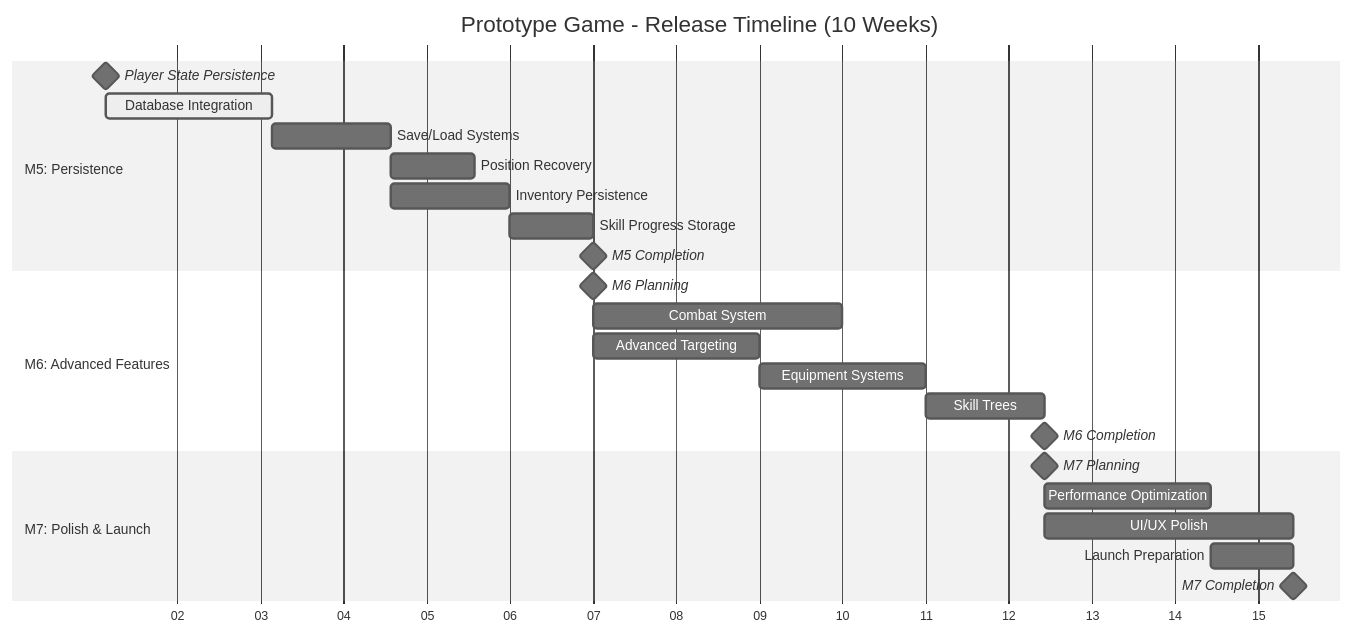
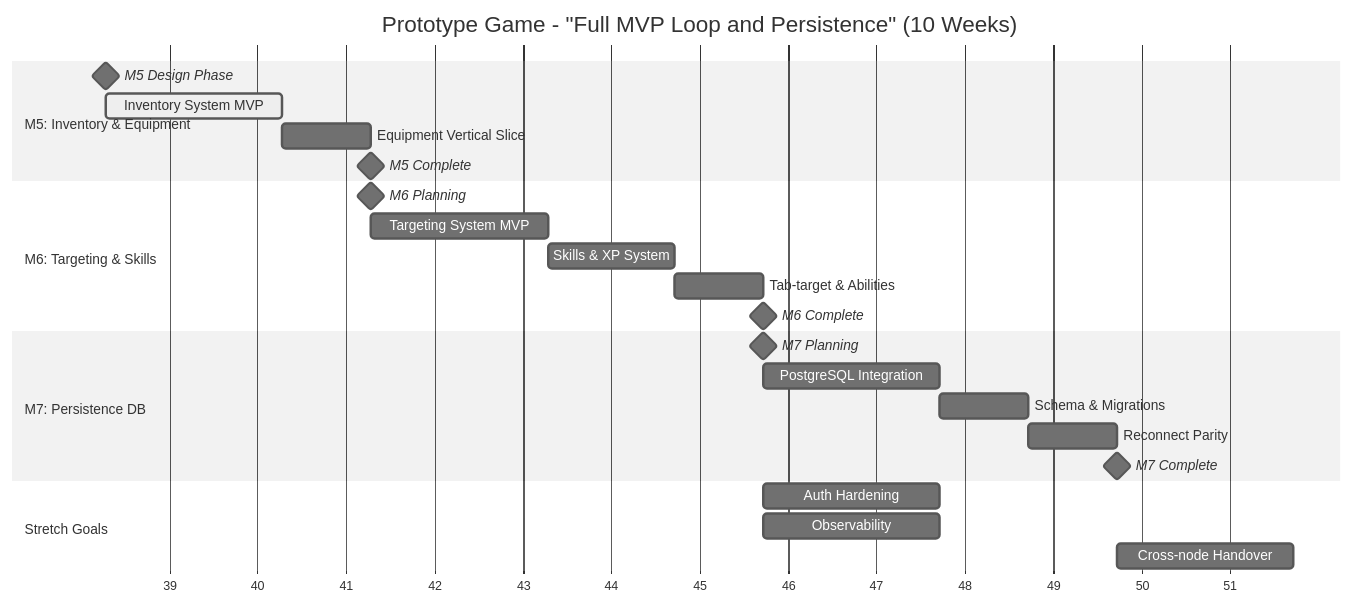
The first of 2 diagrams in docs/roadmap/ROADMAP.md (AstroSteveo/prototype-game), drawn with Mermaid (neutral theme) before and after one commit. The commit also changed other lines of this file and 3 other files, not shown here.

Commit message:
Document roadmap planning outcomes from issue #109

````diff
--- a/docs/roadmap/ROADMAP.md
+++ b/docs/roadmap/ROADMAP.md
@@ -9,30 +11,31 @@
 ```mermaid
 gantt
-    title Prototype Game - Release Timeline (10 Weeks)
+    title Prototype Game - "Full MVP Loop and Persistence" (10 Weeks)
     dateFormat YYYY-MM-DD
     axisFormat %W
     
-    section M5: Persistence
-    Player State Persistence    :milestone, m5-start, 2024-01-08, 0d
-    Database Integration        :active, db-setup, 2024-01-08, 14d
-    Save/Load Systems          :save-load, after db-setup, 10d
-    Position Recovery          :pos-recovery, after save-load, 7d
-    Inventory Persistence      :inv-persist, after save-load, 10d
-    Skill Progress Storage     :skill-store, after inv-persist, 7d
-    M5 Completion             :milestone, m5-done, after skill-store, 0d
+    section M5: Inventory & Equipment
+    M5 Design Phase          :milestone, m5-start, 2025-09-30, 0d
+    Inventory System MVP     :active, inv-mvp, 2025-09-30, 14d
+    Equipment Vertical Slice :equip-slice, after inv-mvp, 7d
+    M5 Complete             :milestone, m5-done, after equip-slice, 0d
     
-    section M6: Advanced Features
-    M6 Planning               :milestone, m6-start, after m5-done, 0d
-    Combat System             :combat, after m6-start, 21d
-    Advanced Targeting        :targeting, after m6-start, 14d
-    Equipment Systems         :equipment, after targeting, 14d
-    Skill Trees              :skills, after equipment, 10d
-    M6 Completion            :milestone, m6-done, after skills, 0d
+    section M6: Targeting & Skills
+    M6 Planning             :milestone, m6-start, after m5-done, 0d
+    Targeting System MVP    :targeting, after m6-start, 14d
+    Skills & XP System      :skills-xp, after targeting, 10d
+    Tab-target & Abilities  :abilities, after skills-xp, 7d
+    M6 Complete            :milestone, m6-done, after abilities, 0d
     
-    section M7: Polish & Launch
-    M7 Planning              :milestone, m7-start, after m6-done, 0d
-    Performance Optimization :perf, after m7-start, 14d
-    UI/UX Polish            :ui-polish, after m7-start, 21d
-    Launch Preparation      :launch-prep, after perf, 7d
-    M7 Completion           :milestone, m7-done, after launch-prep, 0d
+    section M7: Persistence DB
+    M7 Planning            :milestone, m7-start, after m6-done, 0d
+    PostgreSQL Integration :postgres, after m7-start, 14d
+    Schema & Migrations    :schema, after postgres, 7d
+    Reconnect Parity       :reconnect, after schema, 7d
+    M7 Complete           :milestone, m7-done, after reconnect, 0d
+    
+    section Stretch Goals
+    Auth Hardening         :auth, after m7-start, 14d
+    Observability         :obs, after m7-start, 14d
+    Cross-node Handover   :stretch, after m7-done, 14d
 ```
````
